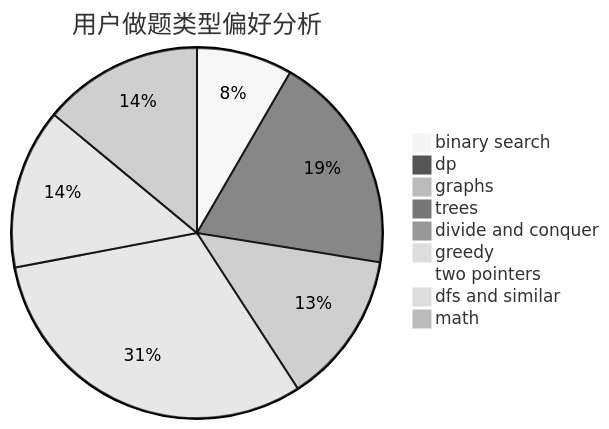
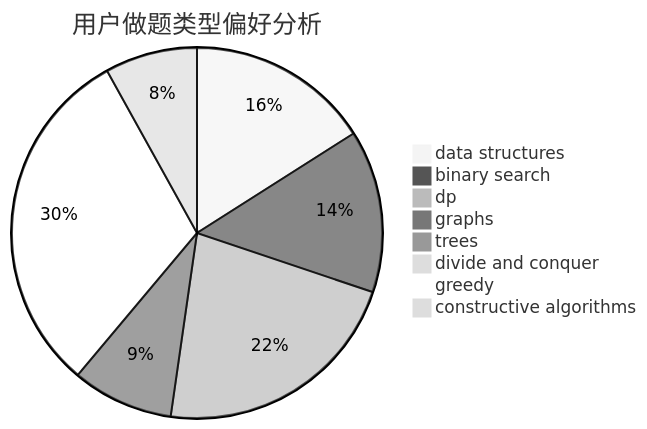
The second of 3 diagrams in docs/user/u208.md (sherpahu/cfrs.github.io), drawn with Mermaid (neutral theme) before and after one commit. The commit also changed other lines of this file and 2775 other files, not shown here.

````diff
--- a/docs/user/u208.md
+++ b/docs/user/u208.md
@@ -23,12 +23,11 @@
 ```mermaid
 pie title 用户做题类型偏好分析
-    "binary search" :  272
-    "dp" :  623
-    "graphs" :  433
-    "trees" :  16
-    "divide and conquer" :  17
-    "greedy" :  1013
-    "two pointers" :  6
-    "dfs and similar" :  455
-    "math" :  455
+    "data structures" :  264
+    "binary search" :  234
+    "dp" :  365
+    "graphs" :  146
+    "trees" :  14
+    "divide and conquer" :  8
+    "greedy" :  509
+    "constructive algorithms" :  133
 ```
````
